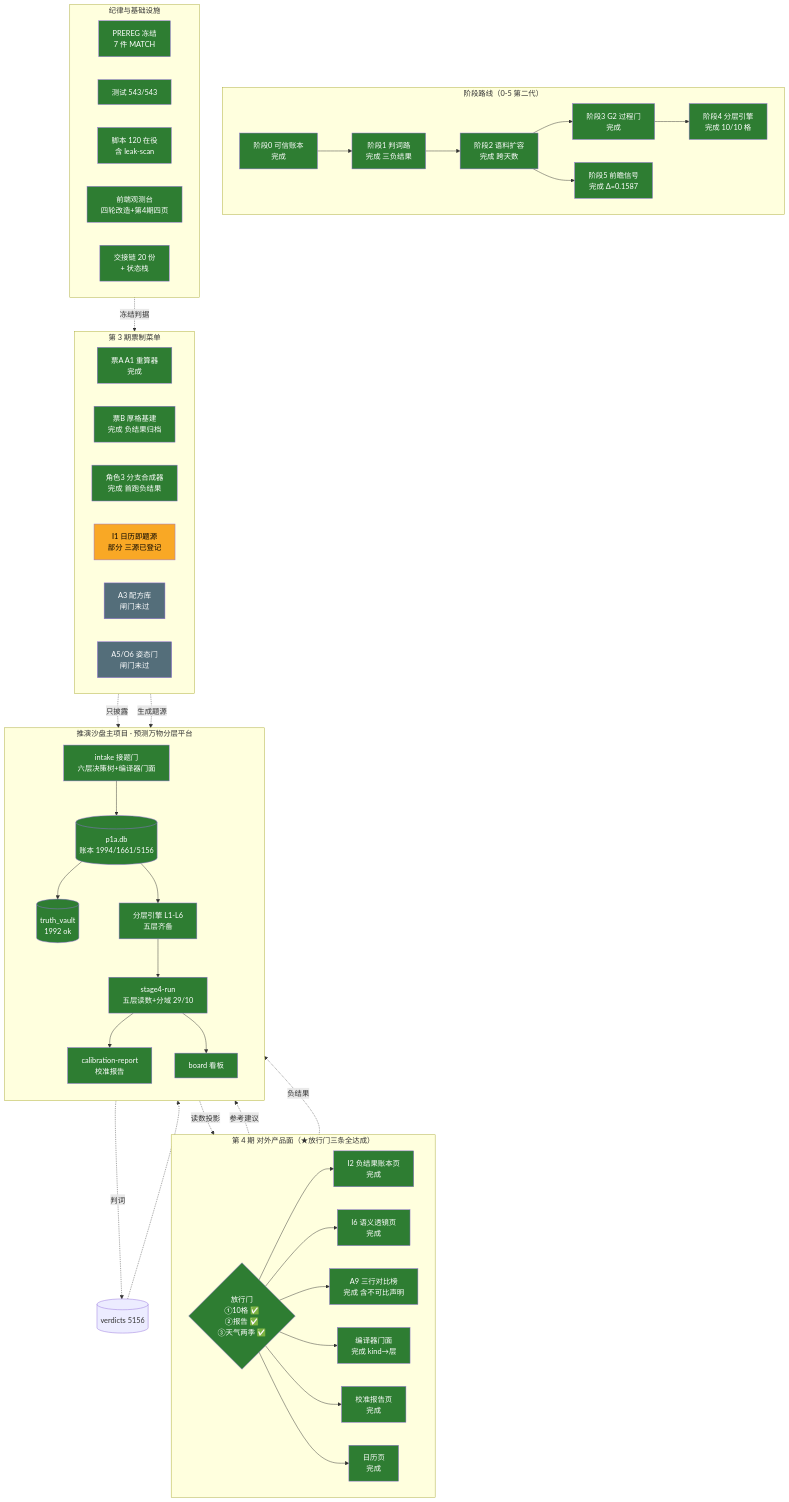
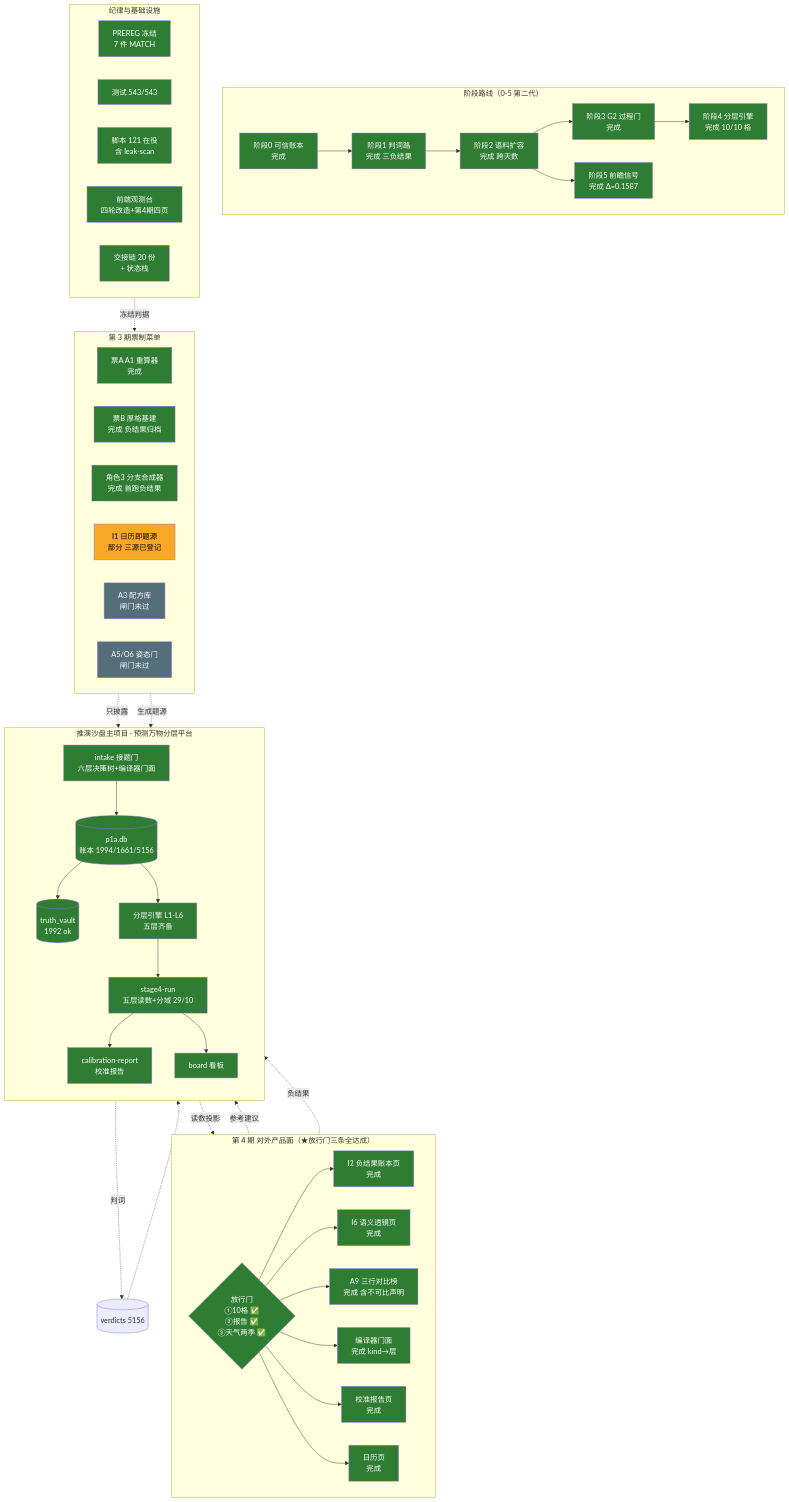
One commit to rui08984-dot/tuiyan-sandbox changed the diagram in architecture.mmd. Above: the diagram before and after it, drawn with Mermaid. The commit also changed 2 other files, not shown here.

```diff
--- a/architecture.mmd
+++ b/architecture.mmd
@@ -1,82 +1,82 @@
 flowchart TB
     subgraph MAIN["推演沙盘主项目 · 预测万物分层平台"]
         direction TB
         LEDGER[("p1a.db<br/>账本 1994/1661/5156")]
         VAULT[("truth_vault<br/>1992 ok")]
         INTAKE["intake 接题门<br/>六层决策树+编译器门面"]
         ENGINES["分层引擎 L1-L6<br/>五层齐备"]
         STAGE4["stage4-run<br/>五层读数+分域 29/10"]
         CAL["calibration-report<br/>校准报告"]
         BOARD["board 看板"]
         LEDGER --> VAULT
         LEDGER --> ENGINES
         INTAKE --> LEDGER
         ENGINES --> STAGE4
         STAGE4 --> CAL
         STAGE4 --> BOARD
     end
 
     subgraph PHASE["阶段路线（0-5 第二代）"]
         direction LR
         P0["阶段0 可信账本<br/>完成"]
         P1["阶段1 判词路<br/>完成 三负结果"]
         P2["阶段2 语料扩容<br/>完成 跨天数"]
         P3["阶段3 G2 过程门<br/>完成"]
         P4["阶段4 分层引擎<br/>完成 10/10 格"]
         P5["阶段5 前瞻信号<br/>完成 Δ=0.1587"]
         P0 --> P1 --> P2 --> P3 --> P4
         P2 --> P5
     end
 
     subgraph TICKET["第 3 期票制菜单"]
         direction LR
         A1["票A A1 重算器<br/>完成"]
         TB["票B 厚格基建<br/>完成 负结果归档"]
         R3["角色3 分支合成器<br/>完成 首跑负结果"]
         I1["I1 日历即题源<br/>部分 三源已登记"]
         A3["A3 配方库<br/>闸门未过"]
         A5["A5/O6 姿态门<br/>闸门未过"]
     end
 
     subgraph P4F["第 4 期 对外产品面（★放行门三条全达成）"]
         direction LR
         GATE{"放行门<br/>①10格 ✅<br/>②报告 ✅<br/>③天气两季 ✅"}
         F1["I2 负结果账本页<br/>完成"]
         F2["I6 语义透镜页<br/>完成"]
         F3["A9 三行对比榜<br/>完成 含不可比声明"]
         F4["编译器门面<br/>完成 kind→层"]
         F5["校准报告页<br/>完成"]
         F6["日历页<br/>完成"]
         GATE --> F1
         GATE --> F2
         GATE --> F3
         GATE --> F4
         GATE --> F5
         GATE --> F6
     end
 
     subgraph INFRA["纪律与基础设施"]
         direction LR
         PREREG["PREREG 冻结<br/>7 件 MATCH"]
         TEST["测试 543/543"]
-        SCRIPTS["脚本 120 在役<br/>含 leak-scan"]
+        SCRIPTS["脚本 121 在役<br/>含 leak-scan"]
         UI["前端观测台<br/>四轮改造+第4期四页"]
         HANDOFF["交接链 20 份<br/>+ 状态栈"]
     end
 
     ENGINES -.->|"判词"| VERD[("verdicts 5156")]
     VERD -.-> STAGE4
     PREREG -.->|"冻结判据"| R3
     R3 -.->|"只披露"| BOARD
     I1 -.->|"生成题源"| INTAKE
     STAGE4 -.->|"读数投影"| GATE
     F4 -.->|"参考建议"| INTAKE
     F1 -.->|"负结果"| BOARD
 
     classDef done fill:#2e7d32,color:#fff
     classDef doing fill:#f9a825,color:#000
     classDef notstarted fill:#546e7a,color:#fff
 
     class P0,P1,P2,P3,P4,P5,A1,TB,R3,LEDGER,VAULT,INTAKE,ENGINES,STAGE4,CAL,BOARD,PREREG,TEST,SCRIPTS,UI,HANDOFF,GATE,F1,F2,F3,F4,F5,F6 done
     class I1 doing
     class A3,A5 notstarted
```
